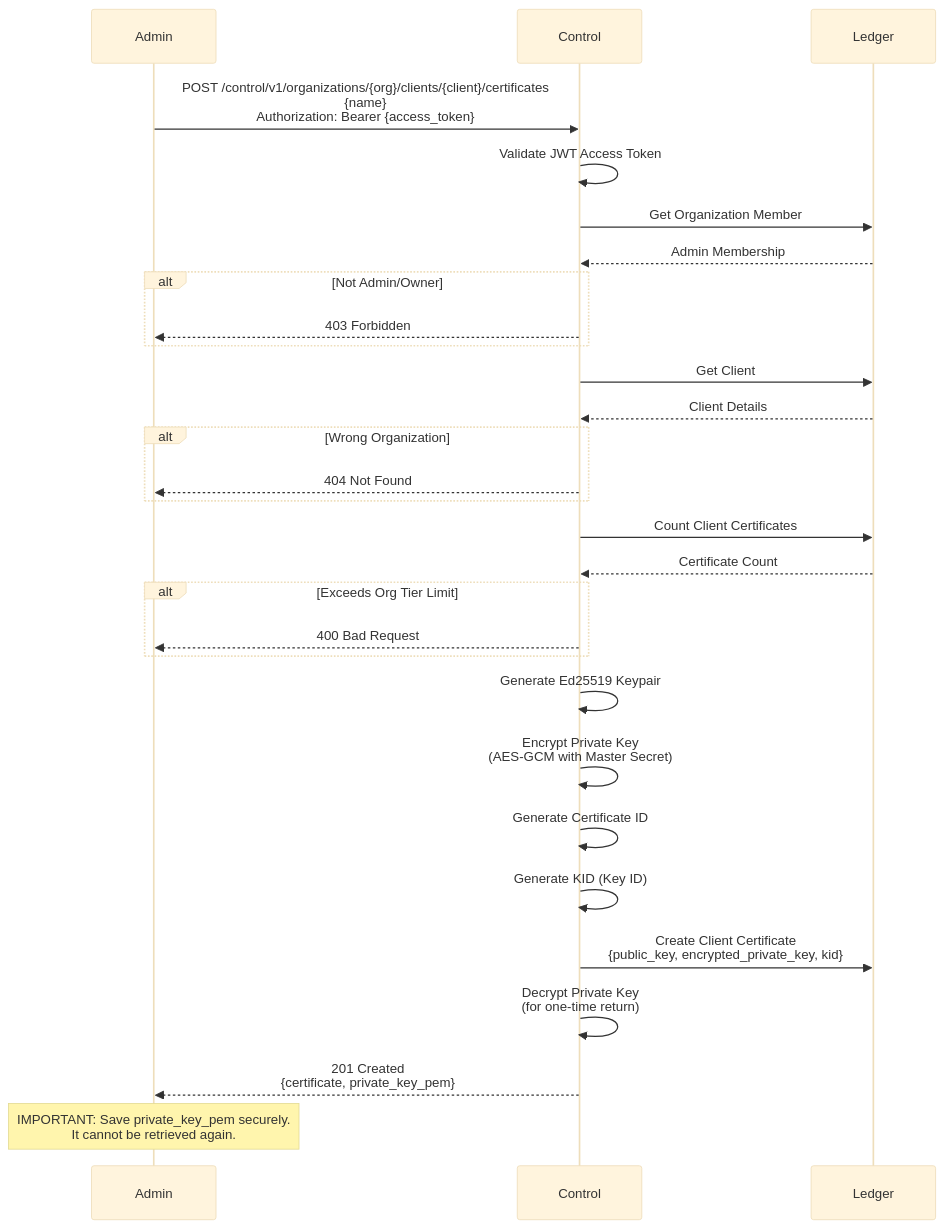
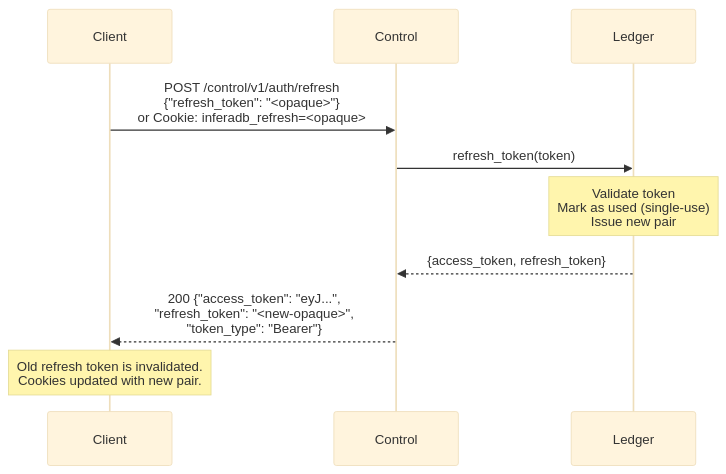
One commit to inferadb/control changed the eighth of 14 diagrams in docs/flows.md. Above: the diagram before and after it, drawn with Mermaid (base theme). The commit also changed other lines of this file and 14 other files, not shown here.

````diff
--- a/docs/flows.md
+++ b/docs/flows.md
@@ -160,44 +225,14 @@
 ```mermaid
 sequenceDiagram
-    participant Admin
-    participant API as Control
-    participant DB as Ledger
+    participant Client
+    participant Control
+    participant Ledger
 
-    Admin->>API: POST /control/v1/organizations/{org}/clients/{client}/certificates<br/>{name}<br/>Authorization: Bearer {access_token}
+    Client->>Control: POST /control/v1/auth/refresh<br/>{"refresh_token": "<opaque>"}<br/>or Cookie: inferadb_refresh=<opaque>
+    Control->>Ledger: refresh_token(token)
+    Note over Ledger: Validate token<br/>Mark as used (single-use)<br/>Issue new pair
+    Ledger-->>Control: {access_token, refresh_token}
+    Control-->>Client: 200 {"access_token": "eyJ...",<br/>"refresh_token": "<new-opaque>",<br/>"token_type": "Bearer"}
 
-    API->>API: Validate JWT Access Token
-
-    API->>DB: Get Organization Member
-    DB-->>API: Admin Membership
-
-    alt Not Admin/Owner
-        API-->>Admin: 403 Forbidden
-    end
-
-    API->>DB: Get Client
-    DB-->>API: Client Details
-
-    alt Wrong Organization
-        API-->>Admin: 404 Not Found
-    end
-
-    API->>DB: Count Client Certificates
-    DB-->>API: Certificate Count
-
-    alt Exceeds Org Tier Limit
-        API-->>Admin: 400 Bad Request
-    end
-
-    API->>API: Generate Ed25519 Keypair
-    API->>API: Encrypt Private Key<br/>(AES-GCM with Master Secret)
-    API->>API: Generate Certificate ID
-    API->>API: Generate KID (Key ID)
-
-    API->>DB: Create Client Certificate<br/>{public_key, encrypted_private_key, kid}
-
-    API->>API: Decrypt Private Key<br/>(for one-time return)
-
-    API-->>Admin: 201 Created<br/>{certificate, private_key_pem}
-
-    Note over Admin: IMPORTANT: Save private_key_pem securely.<br/>It cannot be retrieved again.
+    Note over Client: Old refresh token is invalidated.<br/>Cookies updated with new pair.
 ```
````
